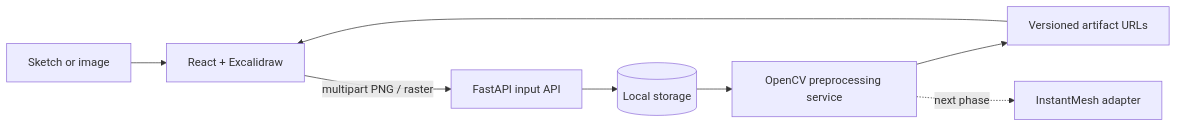
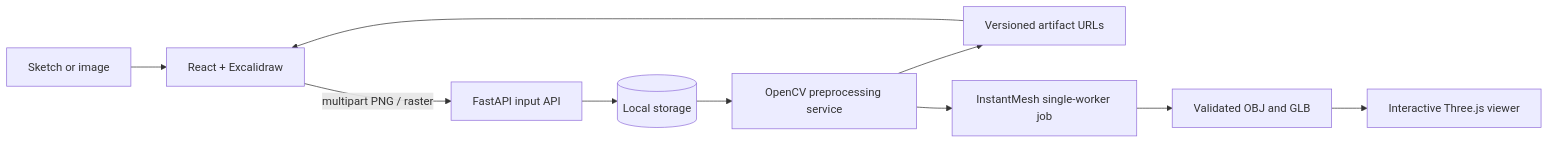
Before and after one commit to anmolkamath22/ML_HACKATHON: the diagram in README.md, drawn with Mermaid. The commit also changed other lines of this file and 15 other files, not shown here.

Commit message:
Integrate InstantMesh generation and 3D viewer

````diff
--- a/README.md
+++ b/README.md
@@ -13,10 +13,12 @@
 ```mermaid
 flowchart LR
  U[Sketch or image] --> F[React + Excalidraw]
  F -->|multipart PNG / raster| I[FastAPI input API]
  I --> S[(Local storage)]
  S --> P[OpenCV preprocessing service]
  P --> A[Versioned artifact URLs]
  A --> F
- P -. next phase .-> R[InstantMesh adapter]
+ P --> R[InstantMesh single-worker job]
+ R --> M[Validated OBJ and GLB]
+ M --> V[Interactive Three.js viewer]
 ```
````
